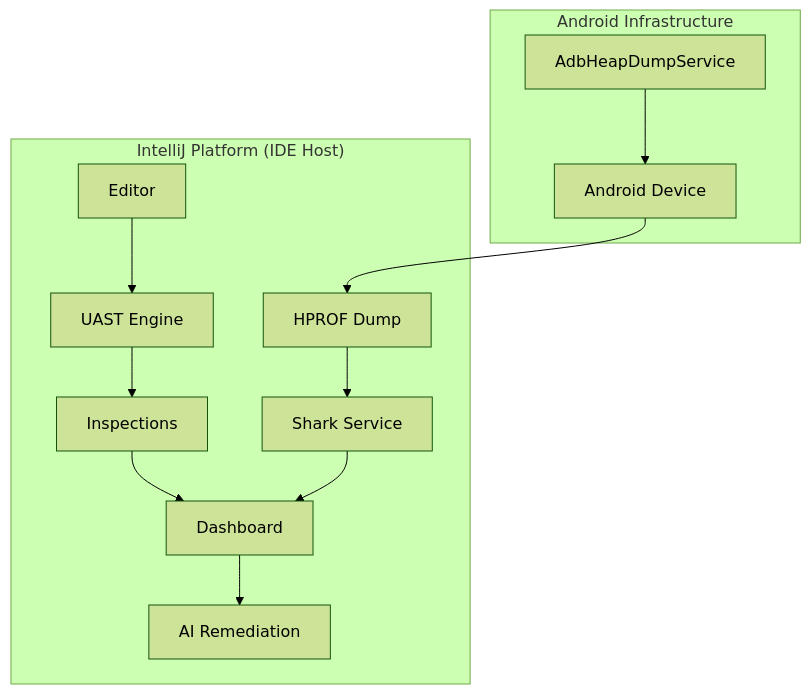
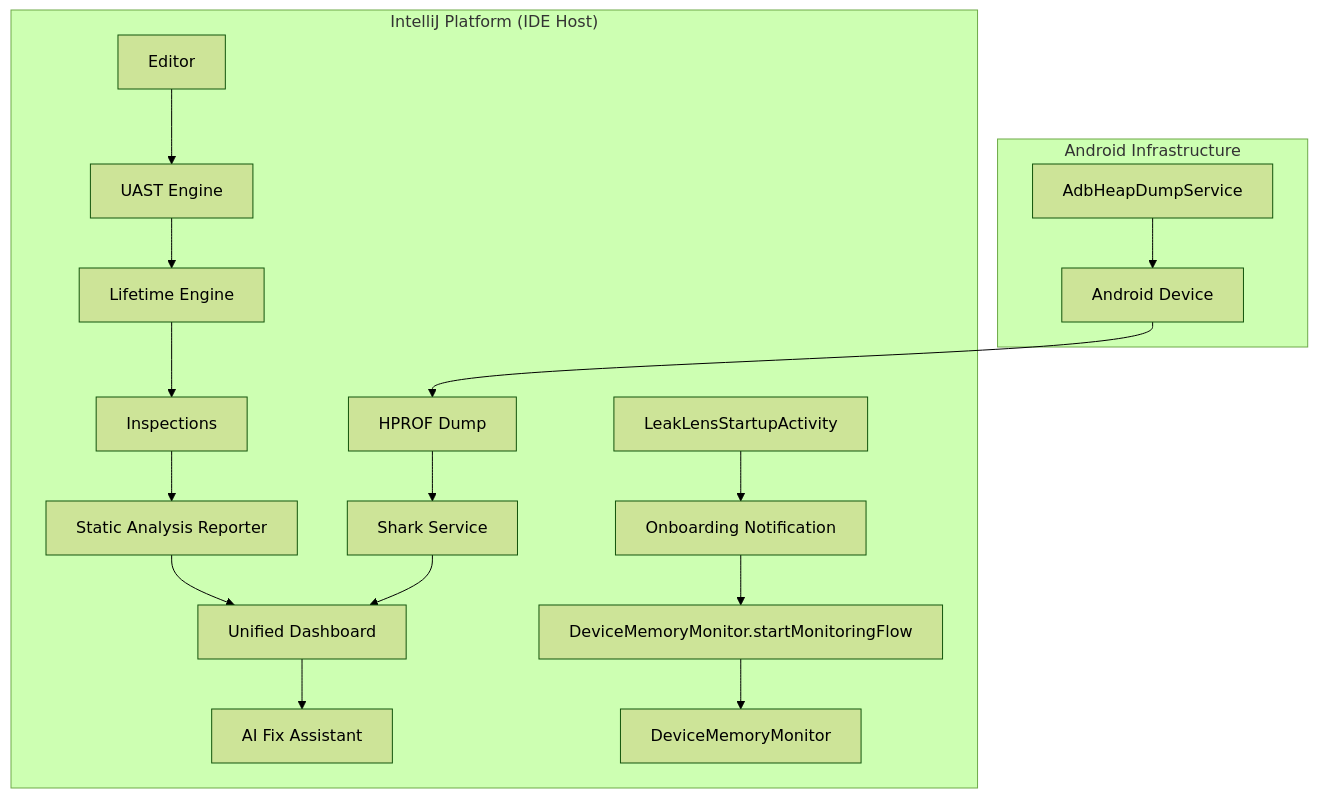
Before and after one commit to dev-vikas-soni/leak-lens: the diagram in docs/ARCHITECTURE.md, drawn with Mermaid (forest theme). The commit also changed other lines of this file and 85 other files, not shown here.

First line of the commit message:
feat: implement semantic lifetime engine and unified issues dashboard

````diff
--- a/docs/ARCHITECTURE.md
+++ b/docs/ARCHITECTURE.md
@@ -8,16 +9,24 @@
 ```mermaid
 graph TD
     subgraph "IntelliJ Platform (IDE Host)"
         Editor[Editor] --> UAST[UAST Engine]
-        UAST --> Insp[Inspections]
-        Insp --> Dashboard[Dashboard]
+        UAST --> LifetimeEngine[Lifetime Engine]
+        LifetimeEngine --> Insp[Inspections]
+        Insp --> Reporter[Static Analysis Reporter]
+        Reporter --> Dashboard[Unified Dashboard]
+        
         Hprof --> Shark[Shark Service]
         Shark --> Dashboard
-        Dashboard --> AI[AI Remediation]
+        
+        Dashboard --> AI[AI Fix Assistant]
+        
+        Startup[LeakLensStartupActivity] --> Onboarding[Onboarding Notification]
+        Onboarding --> MonitorFlow[DeviceMemoryMonitor.startMonitoringFlow]
+        MonitorFlow --> Monitor[DeviceMemoryMonitor]
     end
 
     subgraph "Android Infrastructure"
         ADB[AdbHeapDumpService] --> Device[Android Device]
         Device --> Hprof[HPROF Dump]
     end
 ```
````
